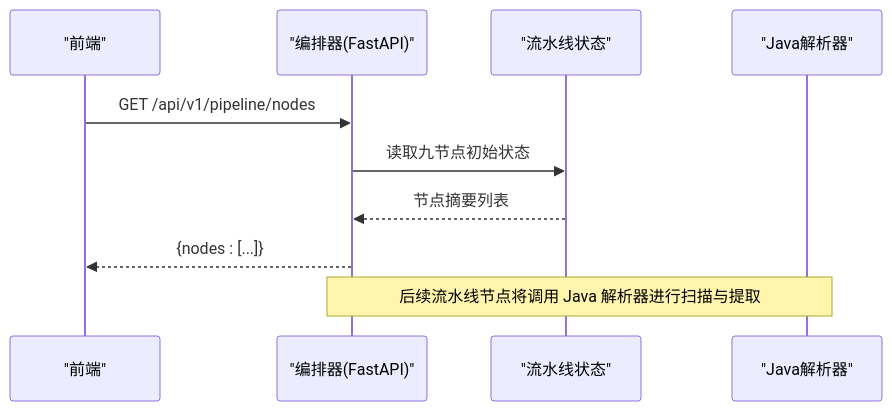
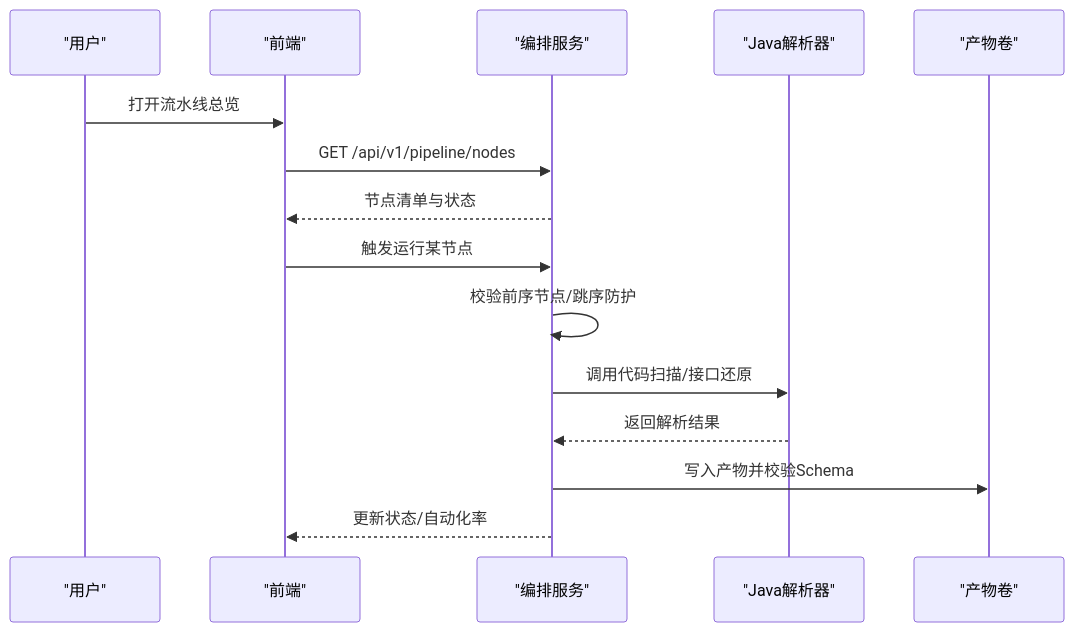
Before and after one commit to Joeyzheng001/LLM-AutoTest: the second of 7 diagrams in .qoder/repowiki/zh/content/核心服务/核心服务.md, drawn with Mermaid. The commit also changed other lines of this file and 186 other files, not shown here.

````diff
--- a/.qoder/repowiki/zh/content/核心服务/核心服务.md
+++ b/.qoder/repowiki/zh/content/核心服务/核心服务.md
@@ -106,12 +104,17 @@
 ```mermaid
 sequenceDiagram
+participant U as "用户"
 participant FE as "前端"
-participant ORCH as "编排器(FastAPI)"
-participant PIPE as "流水线状态"
+participant OR as "编排服务"
 participant JP as "Java解析器"
-FE->>ORCH : GET /api/v1/pipeline/nodes
-ORCH->>PIPE : 读取九节点初始状态
-PIPE-->>ORCH : 节点摘要列表
-ORCH-->>FE : {nodes : [...]}
-Note over ORCH,JP : 后续流水线节点将调用 Java 解析器进行扫描与提取
+participant FS as "产物卷"
+U->>FE : 打开流水线总览
+FE->>OR : GET /api/v1/pipeline/nodes
+OR-->>FE : 节点清单与状态
+FE->>OR : 触发运行某节点
+OR->>OR : 校验前序节点/跳序防护
+OR->>JP : 调用代码扫描/接口还原
+JP-->>OR : 返回解析结果
+OR->>FS : 写入产物并校验Schema
+OR-->>FE : 更新状态/自动化率
 ```
````
